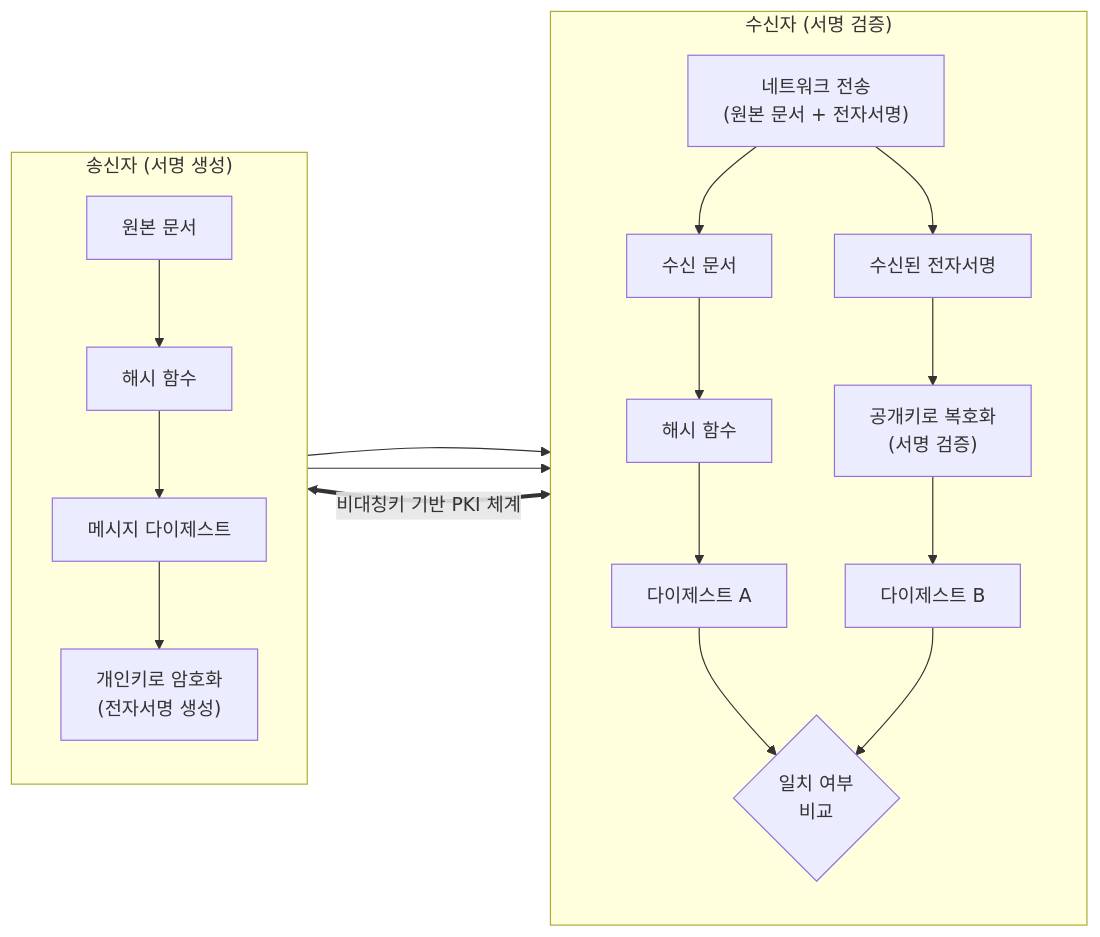
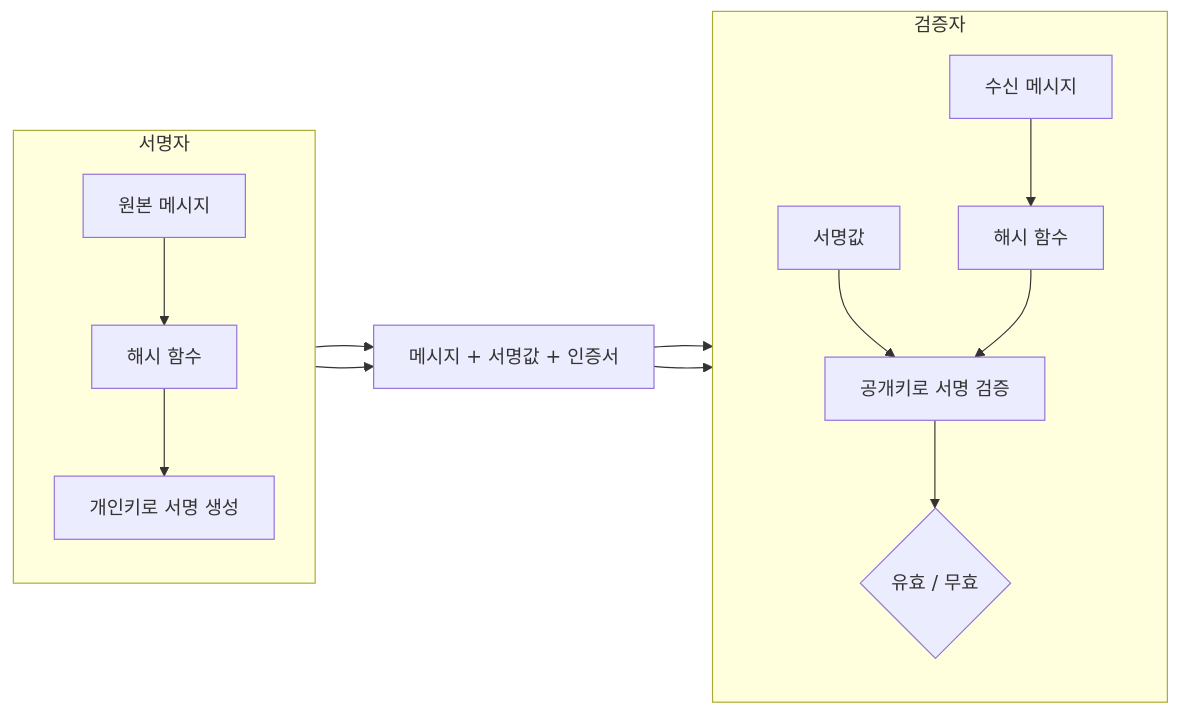
The diagram in content/01_IT Tech/전자 서명.md (supremethumb/supremethumb.github.io), drawn with Mermaid before and after one commit. The commit also changed other lines of this file and 1087 other files, not shown here.

````diff
--- a/content/01_IT Tech/전자 서명.md
+++ b/content/01_IT Tech/전자 서명.md
@@ -27,30 +36,19 @@
 ```mermaid
 flowchart LR
-    subgraph Sender["송신자 (서명 생성)"]
+    subgraph Sender["서명자"]
         direction TB
-        Doc1["원본 문서"] --> Hash1["해시 함수"]
-        Hash1 --> MD1["메시지 다이제스트"]
-        MD1 --> Enc["개인키로 암호화<br/>(전자서명 생성)"]
+        Doc1["원본 메시지"] --> Hash1["해시 함수"]
+        Hash1 --> Sign["개인키로 서명 생성"]
     end
-
-    Enc --> Trans["네트워크 전송<br/>(원본 문서 + 전자서명)"]
+    Sign --> Trans["메시지 + 서명값 + 인증서"]
     Doc1 --> Trans
-
-    subgraph Receiver["수신자 (서명 검증)"]
+    subgraph Receiver["검증자"]
         direction TB
-        Trans --> Doc2["수신 문서"]
-        Trans --> Sig["수신된 전자서명"]
-        
-        Doc2 --> Hash2["해시 함수"]
-        Hash2 --> MD2["다이제스트 A"]
-        
-        Sig --> Dec["공개키로 복호화<br/>(서명 검증)"]
-        Dec --> MD3["다이제스트 B"]
-        
-        MD2 --> Comp{"일치 여부<br/>비교"}
-        MD3 --> Comp
+        Doc2["수신 메시지"] --> Hash2["해시 함수"]
+        Sig["서명값"] --> Verify["공개키로 서명 검증"]
+        Hash2 --> Verify
+        Verify --> Result{"유효 / 무효"}
     end
-    
-    Sender <== "비대칭키 기반 PKI 체계" ==> Receiver
-
+    Trans --> Doc2
+    Trans --> Sig
 ```
````
